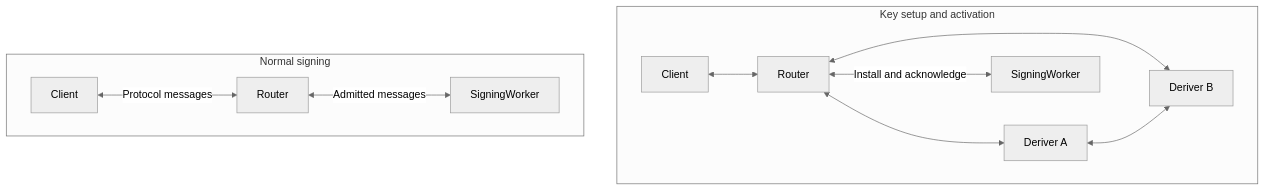
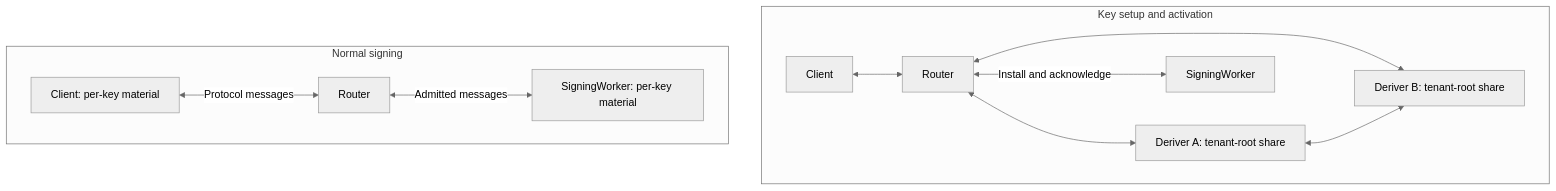
The first of 2 diagrams in docs/spec-5-router-ab-threshold-protocol.md (seams-tech/seams-wallet), drawn with Mermaid (neutral theme) before and after one commit. The commit also changed other lines of this file, not shown here.

Commit message:
docs: explain Router A/B material and signing flow

````diff
--- a/docs/spec-5-router-ab-threshold-protocol.md
+++ b/docs/spec-5-router-ab-threshold-protocol.md
@@ -46,14 +19,14 @@
 ```mermaid
 flowchart TB
     subgraph Setup["Key setup and activation"]
         C1["Client"] <--> R1["Router"]
-        R1 <--> A["Deriver A"]
-        R1 <--> B["Deriver B"]
+        R1 <--> A["Deriver A: tenant-root share"]
+        R1 <--> B["Deriver B: tenant-root share"]
         A <--> B
         R1 <-->|"Install and acknowledge"| SW1["SigningWorker"]
     end
     subgraph Signing["Normal signing"]
-        C2["Client"] <-->|"Protocol messages"| R2["Router"]
-        R2 <-->|"Admitted messages"| SW2["SigningWorker"]
+        C2["Client: per-key material"] <-->|"Protocol messages"| R2["Router"]
+        R2 <-->|"Admitted messages"| SW2["SigningWorker: per-key material"]
     end
 ```
````
